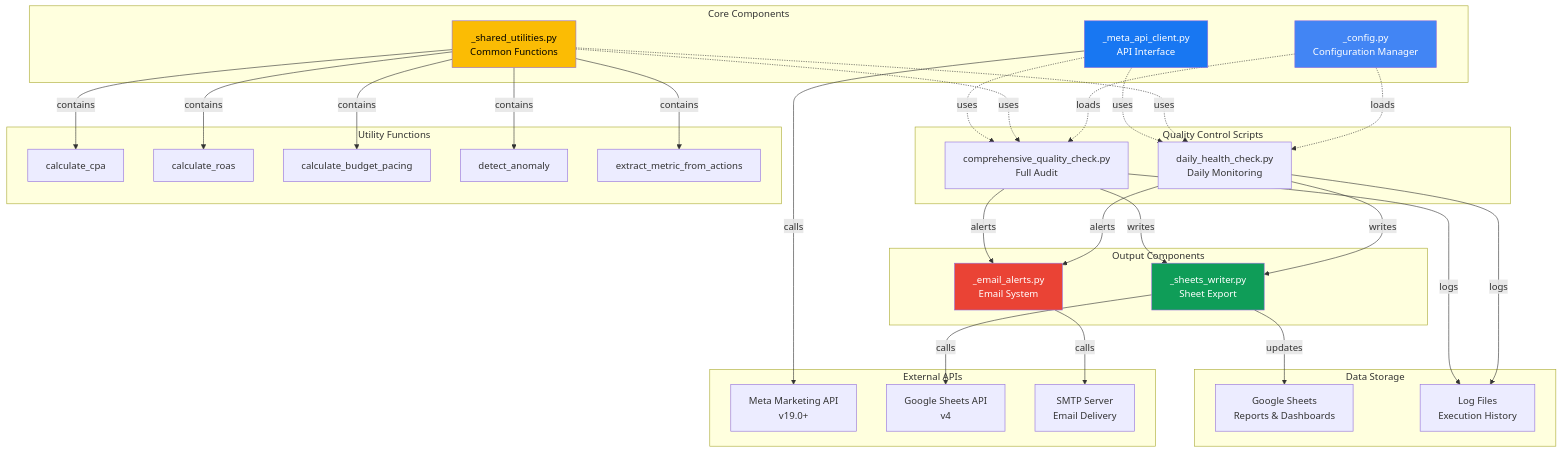
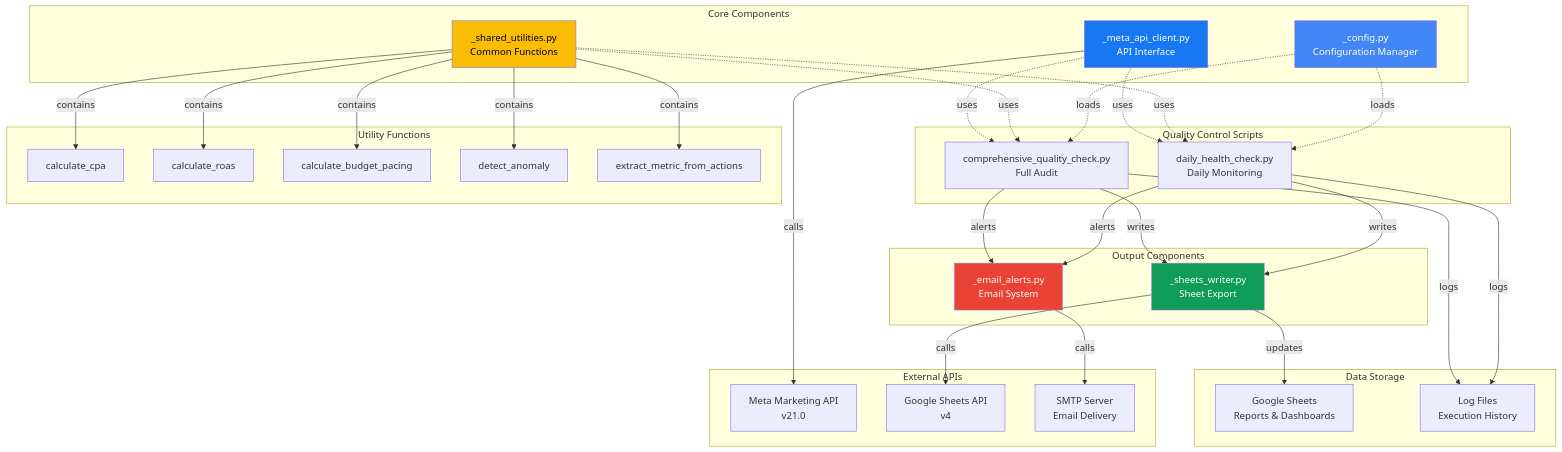
The fourth of 13 diagrams in docs/ARCHITECTURE.md (Empire-Amplify/meta-ads-quality-control), drawn with Mermaid before and after one commit. The commit also changed 4 other files, not shown here.

````diff
--- a/docs/ARCHITECTURE.md
+++ b/docs/ARCHITECTURE.md
@@ -250,72 +250,72 @@
 ```mermaid
 graph TD
     subgraph "Core Components"
         Config[_config.py<br/>Configuration Manager]
         Utilities[_shared_utilities.py<br/>Common Functions]
         MetaClient[_meta_api_client.py<br/>API Interface]
     end
 
     subgraph "Quality Control Scripts"
         DailyHealth[daily_health_check.py<br/>Daily Monitoring]
         Comprehensive[comprehensive_quality_check.py<br/>Full Audit]
     end
 
     subgraph "Output Components"
         SheetsWriter[_sheets_writer.py<br/>Sheet Export]
         EmailAlerts[_email_alerts.py<br/>Email System]
     end
 
     subgraph "External APIs"
-        MetaAPI[Meta Marketing API<br/>v19.0+]
+        MetaAPI[Meta Marketing API<br/>v21.0]
         SheetsAPI[Google Sheets API<br/>v4]
         SMTPAPI[SMTP Server<br/>Email Delivery]
     end
 
     subgraph "Data Storage"
         GoogleSheets[Google Sheets<br/>Reports & Dashboards]
         Logs[Log Files<br/>Execution History]
     end
 
     subgraph "Utility Functions"
         CalcCPA[calculate_cpa]
         CalcROAS[calculate_roas]
         BudgetPacing[calculate_budget_pacing]
         AnomalyDetect[detect_anomaly]
         ExtractMetrics[extract_metric_from_actions]
     end
 
     %% Dependencies
     Config -.loads.-> DailyHealth
     Config -.loads.-> Comprehensive
 
     Utilities -.uses.-> DailyHealth
     Utilities -.uses.-> Comprehensive
 
     MetaClient -.uses.-> DailyHealth
     MetaClient -.uses.-> Comprehensive
 
     DailyHealth -->|writes| SheetsWriter
     DailyHealth -->|alerts| EmailAlerts
     Comprehensive -->|writes| SheetsWriter
     Comprehensive -->|alerts| EmailAlerts
 
     MetaClient -->|calls| MetaAPI
     SheetsWriter -->|calls| SheetsAPI
     EmailAlerts -->|calls| SMTPAPI
 
     SheetsWriter -->|updates| GoogleSheets
     DailyHealth -->|logs| Logs
     Comprehensive -->|logs| Logs
 
     Utilities -->|contains| CalcCPA
     Utilities -->|contains| CalcROAS
     Utilities -->|contains| BudgetPacing
     Utilities -->|contains| AnomalyDetect
     Utilities -->|contains| ExtractMetrics
 
     style Config fill:#4285f4,color:#fff
     style MetaClient fill:#1877f2,color:#fff
     style Utilities fill:#fbbc04,color:#000
     style SheetsWriter fill:#0f9d58,color:#fff
     style EmailAlerts fill:#ea4335,color:#fff
 ```
````
